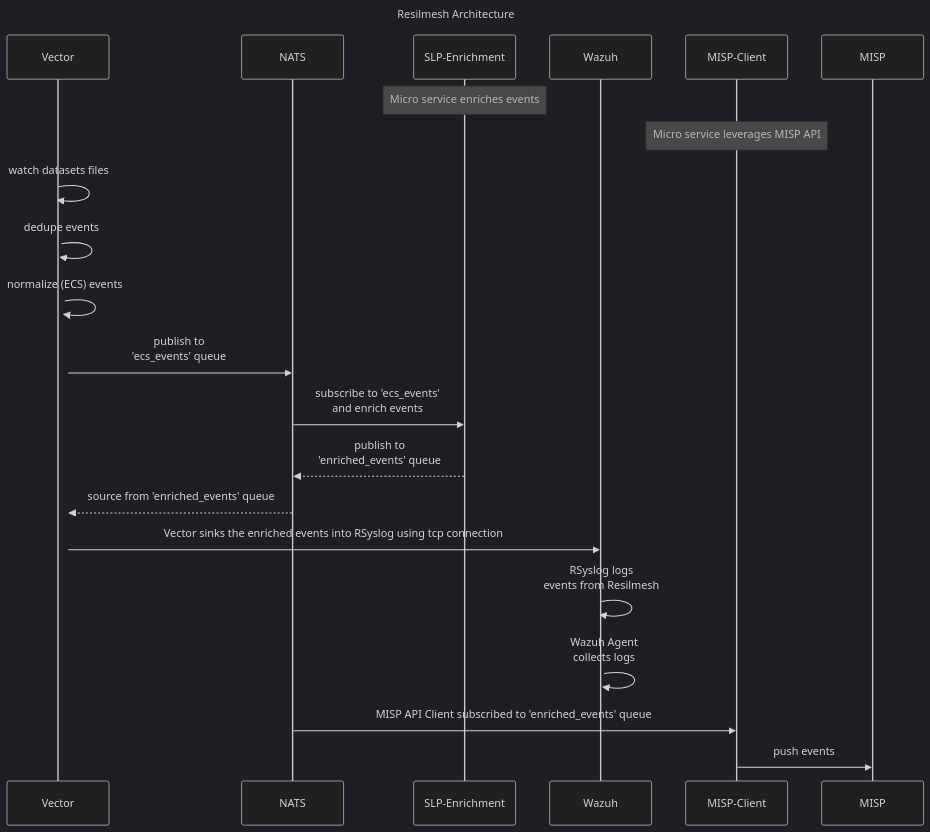
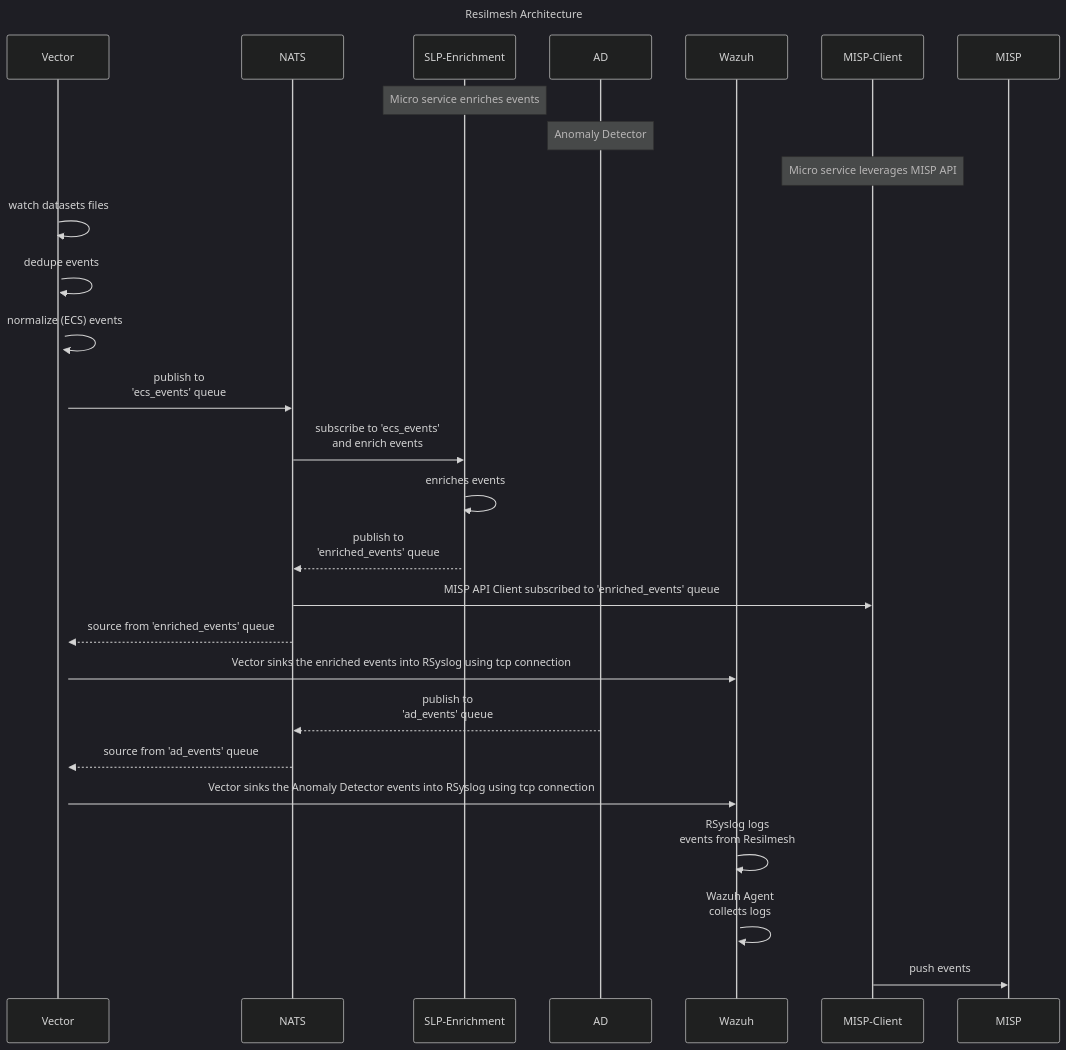
Before and after one commit to resilmesh2/Docker-Compose: the diagram in README.md, drawn with Mermaid. The commit also changed 2 other files, not shown here.

Commit message:
fixed docker health check for Enrichment container, added Anomaly Detector to README UML diagram

````diff
--- a/README.md
+++ b/README.md
@@ -10,31 +10,37 @@
 ```mermaid
 ---
 title: Resilmesh Architecture
 config:
    theme: dark
    noteAlign: left
 ---
 sequenceDiagram
 
    participant Vector
    participant NATS
    participant SLP-Enrichment
    note over SLP-Enrichment: Micro service enriches events
+   participant AD
+   note over AD: Anomaly Detector
    participant Wazuh
    participant MISP-Client
    note over MISP-Client: Micro service leverages MISP API
    participant MISP
    
    Vector->>+Vector: watch datasets files
    Vector->>+Vector: dedupe events
    Vector->>+Vector: normalize (ECS) events
    Vector->>NATS: publish to<br/>'ecs_events' queue
    NATS->>SLP-Enrichment: subscribe to 'ecs_events'<br/>and enrich events
+   SLP-Enrichment->>+SLP-Enrichment: enriches events
    SLP-Enrichment-->>NATS: publish to<br/>'enriched_events' queue
+   NATS->>MISP-Client: MISP API Client subscribed to 'enriched_events' queue 
    NATS-->>Vector: source from 'enriched_events' queue
    Vector->>Wazuh: Vector sinks the enriched events into RSyslog using tcp connection
+   AD-->>NATS: publish to<br/>'ad_events' queue
+   NATS-->>Vector: source from 'ad_events' queue
+   Vector->>Wazuh: Vector sinks the Anomaly Detector events into RSyslog using tcp connection
    Wazuh->>+Wazuh: RSyslog logs<br/>events from Resilmesh
    Wazuh->>Wazuh: Wazuh Agent<br/>collects logs
-   NATS->>MISP-Client: MISP API Client subscribed to 'enriched_events' queue 
    MISP-Client->>MISP: push events
 ```
````
